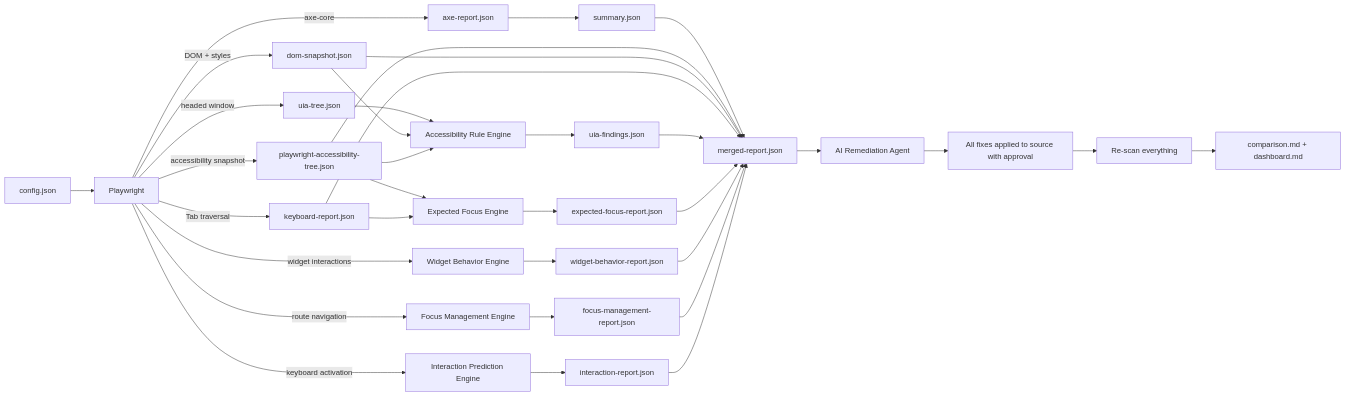
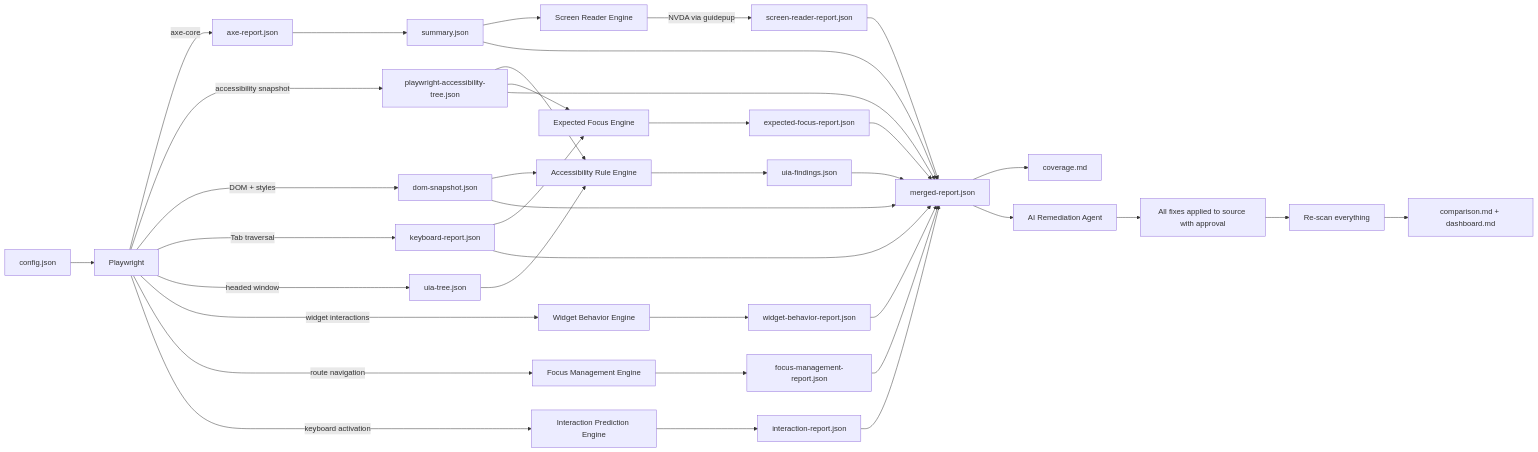
One commit to vivek1952p/GiftApp changed the first of 2 diagrams in ADA Harness/README.md. Above: the diagram before and after it, drawn with Mermaid. The commit also changed other lines of this file and 17 other files, not shown here.

Commit message:
screen-reader-engine

````diff
--- a/ADA Harness/README.md
+++ b/ADA Harness/README.md
@@ -60,36 +62,40 @@
 ```mermaid
 flowchart LR
     C[config.json] --> P[Playwright]
     P -->|axe-core| AX[axe-report.json]
     P -->|accessibility snapshot| A11Y[playwright-accessibility-tree.json]
     P -->|DOM + styles| DOMR[dom-snapshot.json]
     P -->|Tab traversal| KB[keyboard-report.json]
     P -->|headed window| UIA[uia-tree.json]
     AX --> S[summary.json]
     UIA --> RE[Accessibility Rule Engine]
     DOMR --> RE
     A11Y --> RE
     RE --> RF[uia-findings.json]
     A11Y --> EFE[Expected Focus Engine]
     KB --> EFE
     EFE --> EFR[expected-focus-report.json]
     P -->|widget interactions| WBE[Widget Behavior Engine]
     WBE --> WBR[widget-behavior-report.json]
     P -->|route navigation| FME[Focus Management Engine]
     FME --> FMR[focus-management-report.json]
     P -->|keyboard activation| IPE[Interaction Prediction Engine]
     IPE --> IPR[interaction-report.json]
+    S --> SRE[Screen Reader Engine]
+    SRE -->|NVDA via guidepup| SRR[screen-reader-report.json]
     S --> M[merged-report.json]
     A11Y --> M
     DOMR --> M
     KB --> M
     RF --> M
     EFR --> M
     WBR --> M
     FMR --> M
     IPR --> M
+    SRR --> M
+    M --> COV[coverage.md]
     M --> AGENT[AI Remediation Agent]
     AGENT --> FIX[All fixes applied to source with approval]
     FIX --> RESCAN[Re-scan everything]
     RESCAN --> CMP[comparison.md + dashboard.md]
 ```
````
